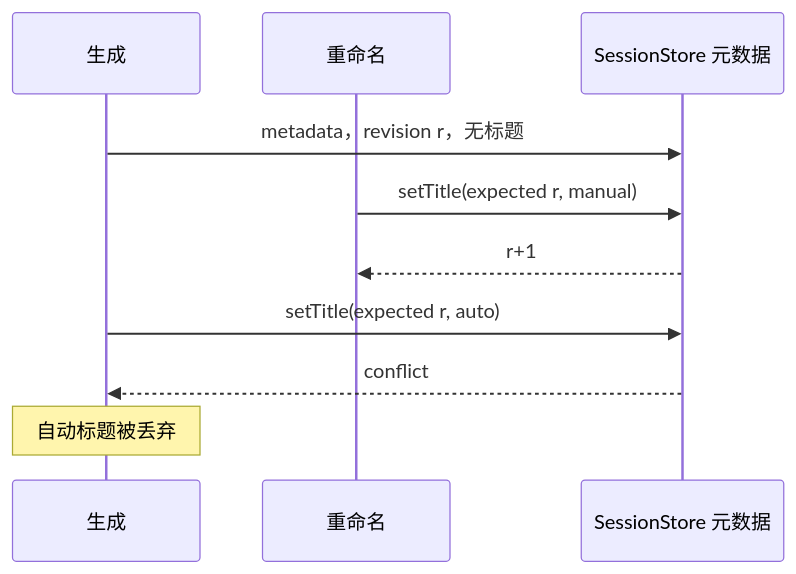
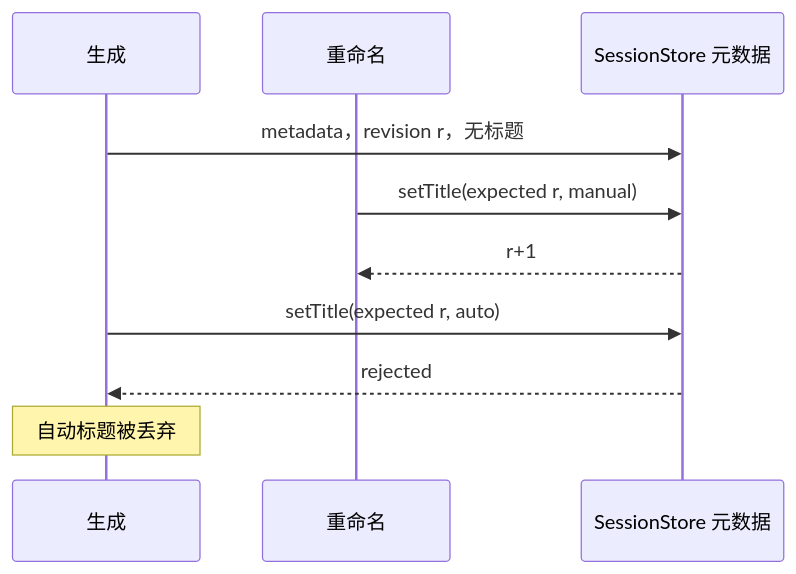
The fifth of 5 diagrams in docs/zh/design/plugins/SessionTitle.md (arcships/dim), drawn with Mermaid before and after one commit. The commit also changed other lines of this file and 13 other files, not shown here.

````diff
--- a/docs/zh/design/plugins/SessionTitle.md
+++ b/docs/zh/design/plugins/SessionTitle.md
@@ -209,12 +209,12 @@
 ```mermaid
 sequenceDiagram
   participant G as 生成
   participant R as 重命名
   participant Meta as SessionStore 元数据
   G->>Meta: metadata，revision r，无标题
   R->>Meta: setTitle(expected r, manual)
   Meta-->>R: r+1
   G->>Meta: setTitle(expected r, auto)
-  Meta-->>G: conflict
+  Meta-->>G: rejected
   Note over G: 自动标题被丢弃
 ```
````
